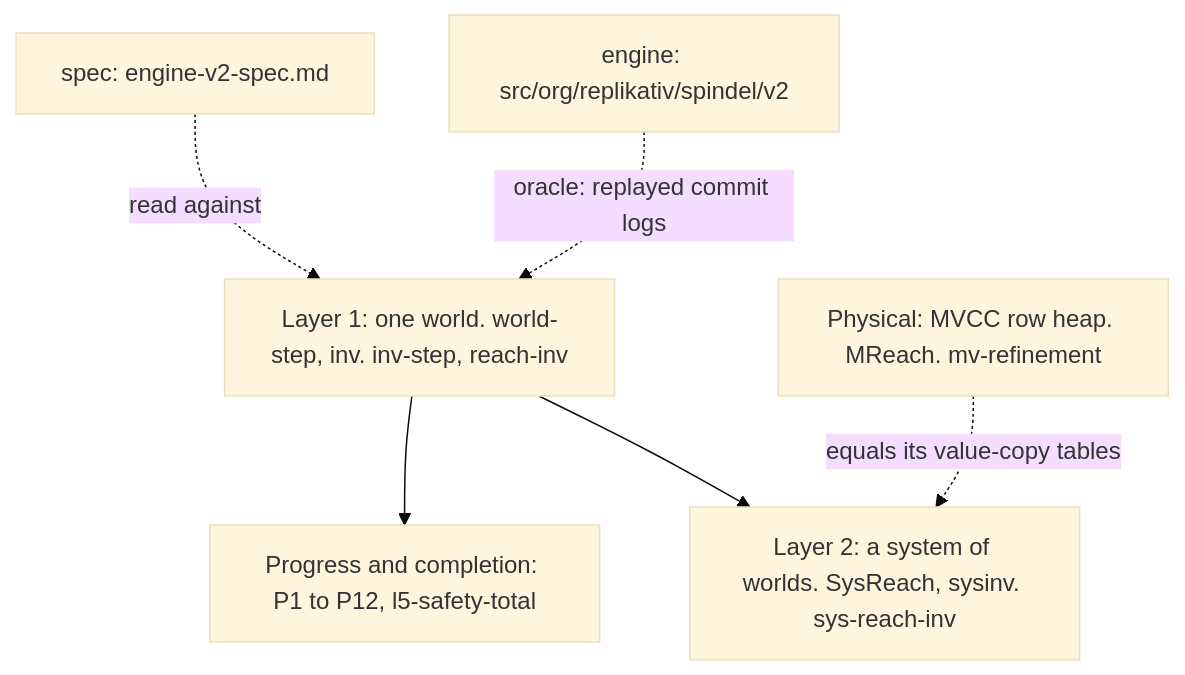
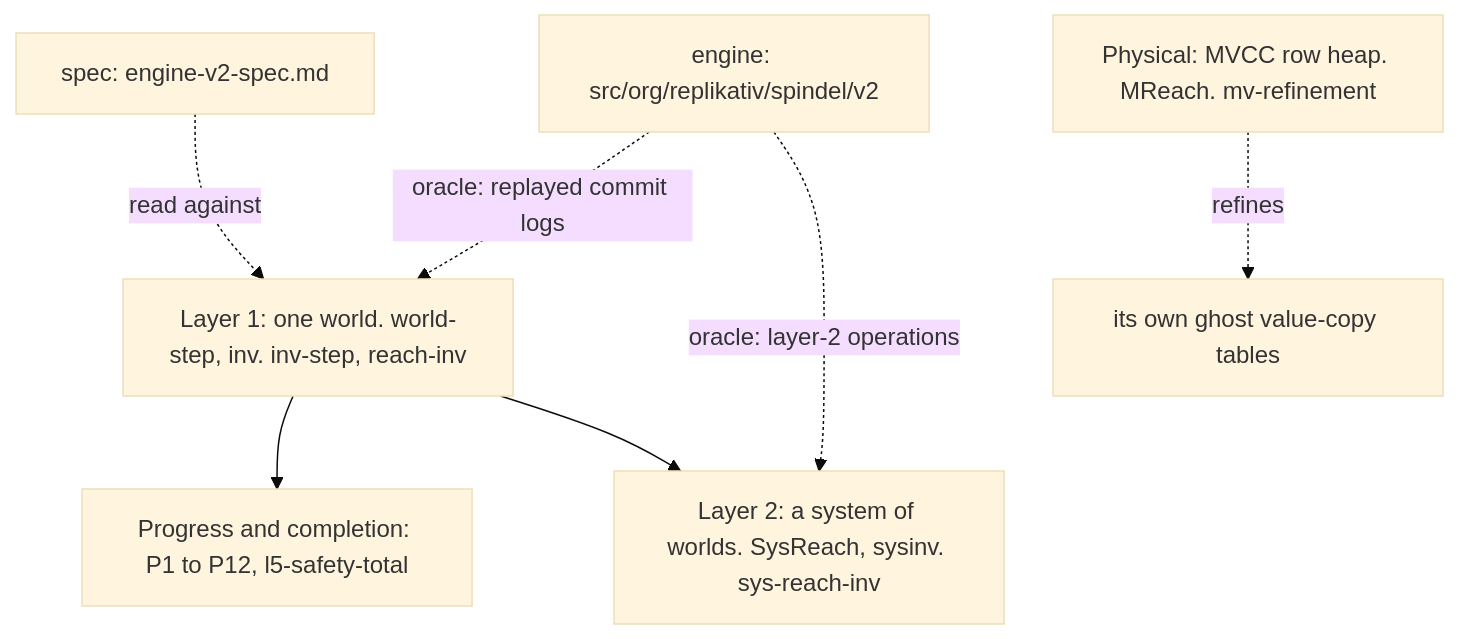
Before and after one commit to replikativ/spindel: the fourth of 4 diagrams in docs/engine-v2-overview.md, drawn with Mermaid (base theme). The commit also changed other lines of this file, not shown here.

````diff
--- a/docs/engine-v2-overview.md
+++ b/docs/engine-v2-overview.md
@@ -171,9 +192,10 @@
 ```mermaid
 flowchart TB
   SP["spec: engine-v2-spec.md"] -.->|"read against"| L1
   EN["engine: src/org/replikativ/spindel/v2"] -.->|"oracle: replayed commit logs"| L1
+  EN -.->|"oracle: layer-2 operations"| L2
   L1["Layer 1: one world. world-step, inv. inv-step, reach-inv"]
   L1 --> PG["Progress and completion: P1 to P12, l5-safety-total"]
   L1 --> L2["Layer 2: a system of worlds. SysReach, sysinv. sys-reach-inv"]
-  PH["Physical: MVCC row heap. MReach. mv-refinement"] -.->|"equals its value-copy tables"| L2
+  PH["Physical: MVCC row heap. MReach. mv-refinement"] -.->|"refines"| GV["its own ghost value-copy tables"]
 ```
````
